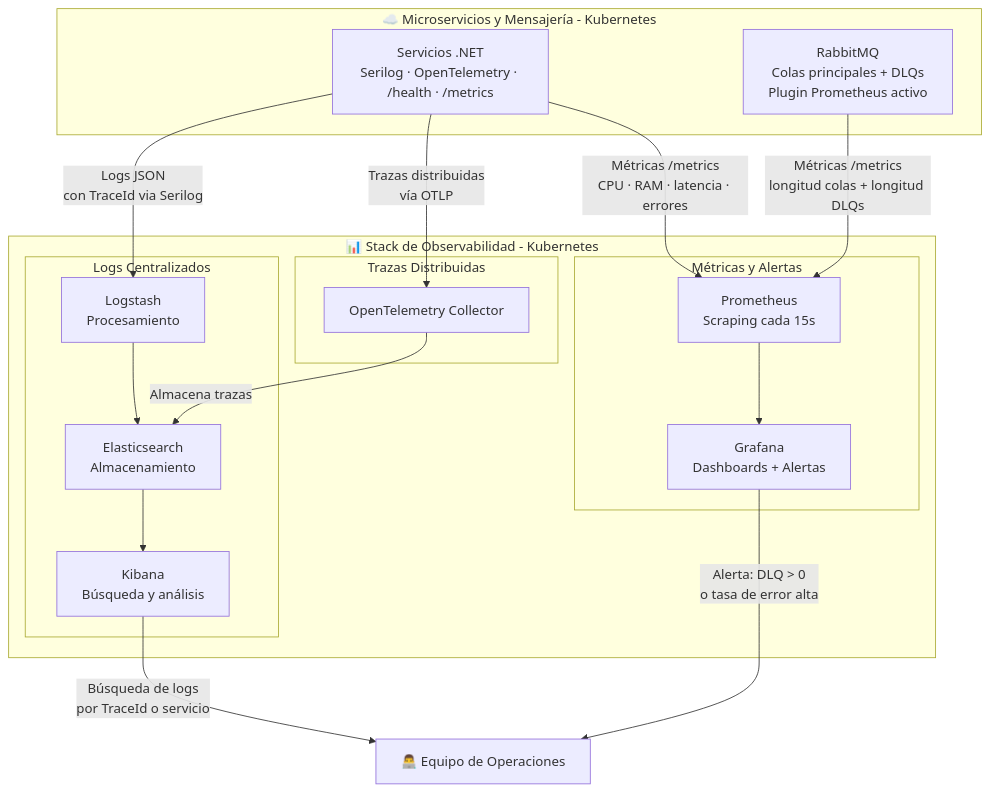
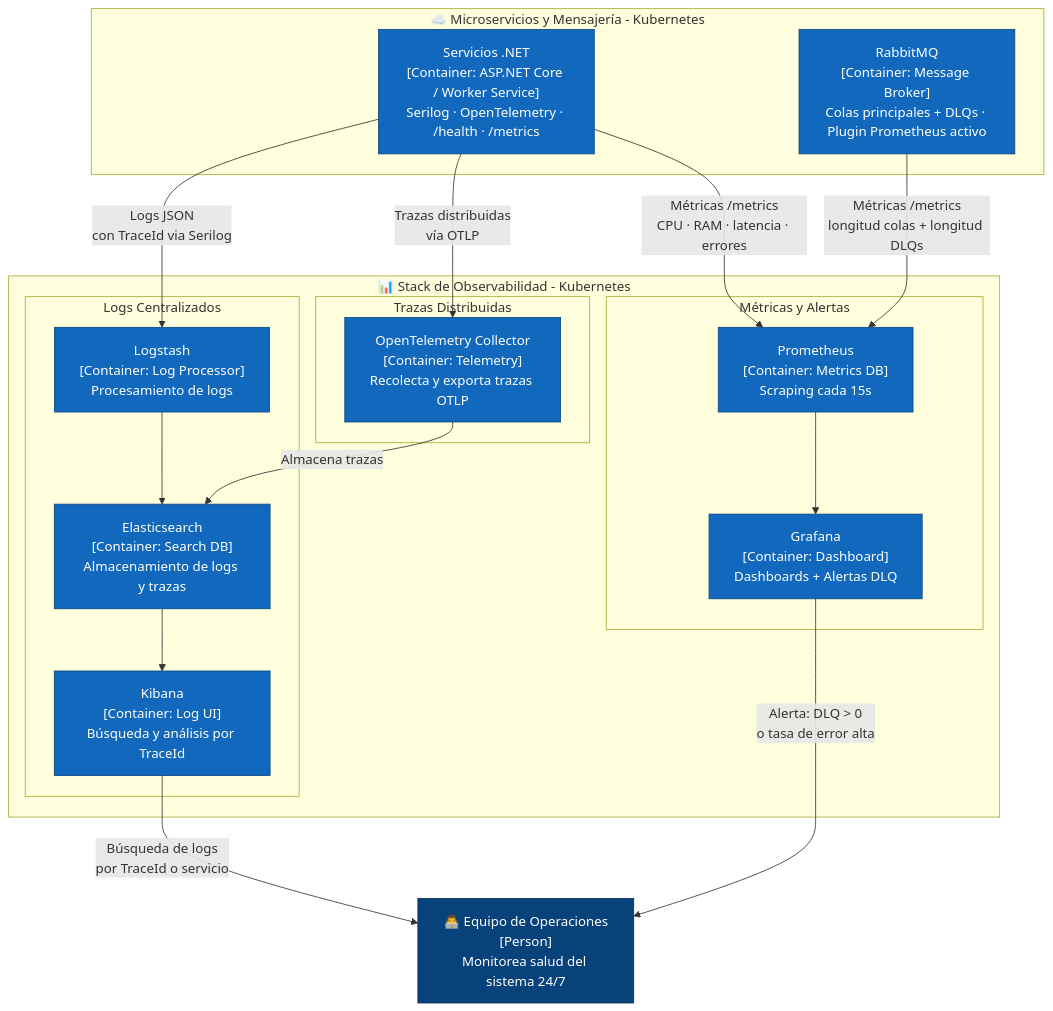
One commit to chetango/ceiba-arquitectura changed the seventh of 8 diagrams in plantilla-propuesta.md. Above: the diagram before and after it, drawn with Mermaid. The commit also changed other lines of this file, not shown here.

Commit message:
Sync MD: convenciones C4 en todos los diagramas Mermaid

````diff
--- a/plantilla-propuesta.md
+++ b/plantilla-propuesta.md
@@ -354,40 +355,45 @@
 ```mermaid
 flowchart TD
     subgraph SVCS["☁️ Microservicios y Mensajería - Kubernetes"]
-        SVC["Servicios .NET\nSerilog · OpenTelemetry · /health · /metrics"]
-        MQ["RabbitMQ\nColas principales + DLQs\nPlugin Prometheus activo"]
+        SVC["Servicios .NET\n[Container: ASP.NET Core / Worker Service]\nSerilog · OpenTelemetry · /health · /metrics"]
+        MQ["RabbitMQ\n[Container: Message Broker]\nColas principales + DLQs · Plugin Prometheus activo"]
     end
 
     subgraph OBS["📊 Stack de Observabilidad - Kubernetes"]
         subgraph METRICAS["Métricas y Alertas"]
-            PROM["Prometheus\nScraping cada 15s"]
-            GRAF["Grafana\nDashboards + Alertas"]
+            PROM["Prometheus\n[Container: Metrics DB]\nScraping cada 15s"]
+            GRAF["Grafana\n[Container: Dashboard]\nDashboards + Alertas DLQ"]
         end
 
         subgraph LOGS["Logs Centralizados"]
-            LOGSTASH["Logstash\nProcesamiento"]
-            ES["Elasticsearch\nAlmacenamiento"]
-            KIB["Kibana\nBúsqueda y análisis"]
+            LOGSTASH["Logstash\n[Container: Log Processor]\nProcesamiento de logs"]
+            ES["Elasticsearch\n[Container: Search DB]\nAlmacenamiento de logs y trazas"]
+            KIB["Kibana\n[Container: Log UI]\nBúsqueda y análisis por TraceId"]
         end
 
         subgraph TRAZAS["Trazas Distribuidas"]
-            OTEL["OpenTelemetry Collector"]
+            OTEL["OpenTelemetry Collector\n[Container: Telemetry]\nRecolecta y exporta trazas OTLP"]
         end
     end
 
-    OPS["👨‍💻 Equipo de Operaciones"]
+    OPS["👨‍💻 Equipo de Operaciones\n[Person]\nMonitorea salud del sistema 24/7"]
 
     SVC -->|"Logs JSON\ncon TraceId via Serilog"| LOGSTASH
     LOGSTASH --> ES
     ES --> KIB
 
     SVC -->|"Trazas distribuidas\nvía OTLP"| OTEL
     OTEL -->|"Almacena trazas"| ES
 
     SVC -->|"Métricas /metrics\nCPU · RAM · latencia · errores"| PROM
     MQ -->|"Métricas /metrics\nlongitud colas + longitud DLQs"| PROM
 
     PROM --> GRAF
     GRAF -->|"Alerta: DLQ > 0\no tasa de error alta"| OPS
     KIB -->|"Búsqueda de logs\npor TraceId o servicio"| OPS
+
+    classDef person fill:#08427b,stroke:#052e56,color:#fff
+    classDef container fill:#1168bd,stroke:#0b4884,color:#fff
+    class OPS person
+    class SVC,MQ,PROM,GRAF,LOGSTASH,ES,KIB,OTEL container
 ```
````
